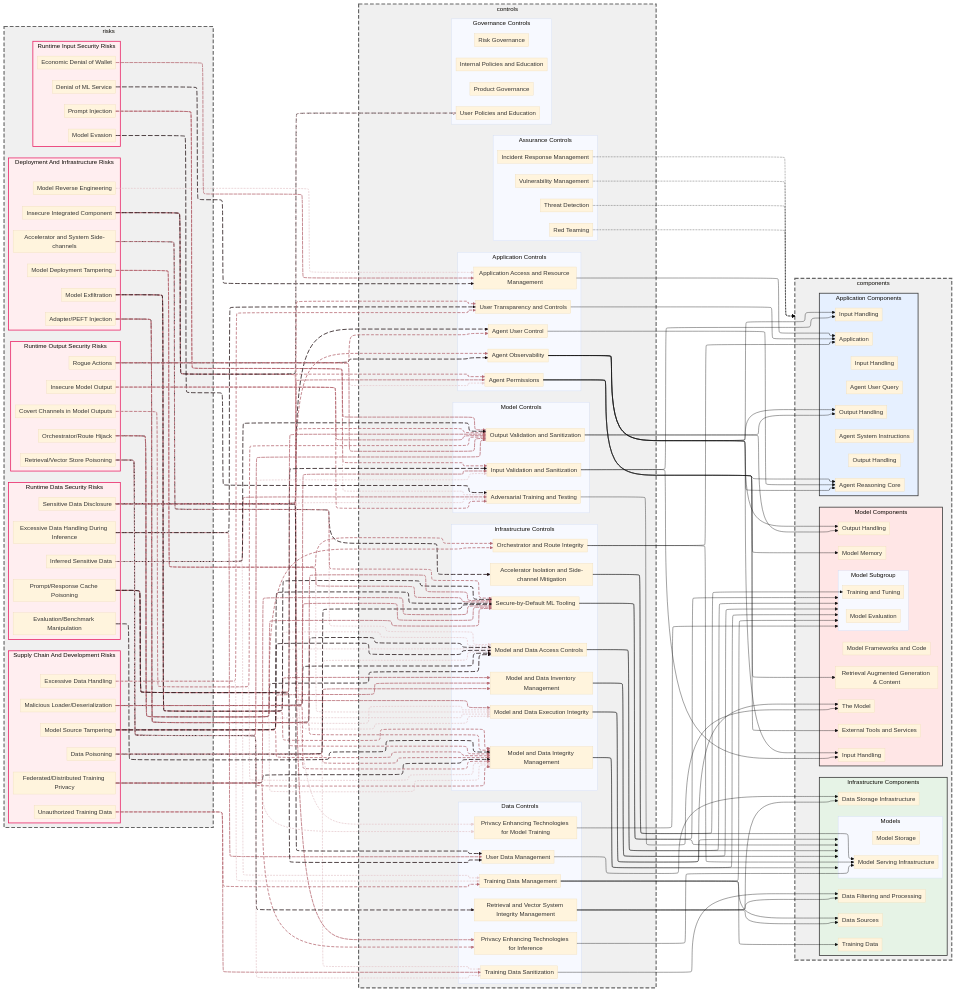
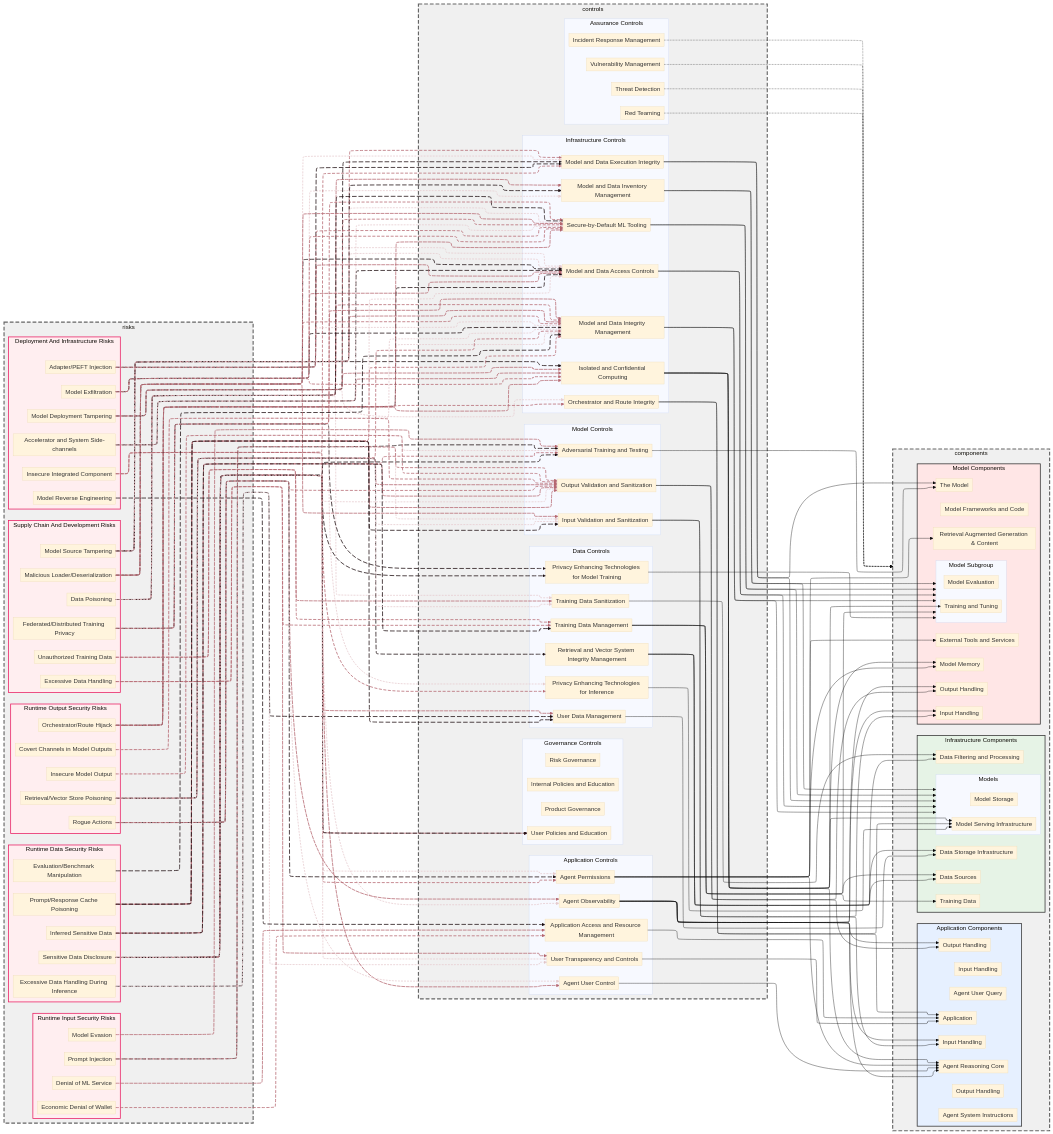
Before and after one commit to davidlabianca/secure-ai-tooling: the diagram in risk-map/diagrams/controls-to-risk-graph.mermaid, drawn with Mermaid (base theme). The commit also changed 13 other files, not shown here.

First line of the commit message:
[Controls] Add a Isolated/Confidential Computing Control

```diff
--- a/risk-map/diagrams/controls-to-risk-graph.mermaid
+++ b/risk-map/diagrams/controls-to-risk-graph.mermaid
@@ -66,7 +66,7 @@
     end
 
     subgraph controlsInfrastructure ["Infrastructure Controls"]
-        controlAcceleratorIsolationAndSideChannelMitigation[Accelerator Isolation and Side-channel Mitigation]
+        controlIsolatedConfidentialComputing[Isolated and Confidential Computing]
         controlModelAndDataAccessControls[Model and Data Access Controls]
         controlModelAndDataExecutionIntegrity[Model and Data Execution Integrity]
         controlModelAndDataIntegrityManagement[Model and Data Integrity Management]
@@ -153,6 +153,7 @@
     DP --> controlTrainingDataSanitization
     UTD --> controlTrainingDataManagement
     UTD --> controlTrainingDataSanitization
+    MST --> controlIsolatedConfidentialComputing
     MST --> controlModelAndDataAccessControls
     MST --> controlModelAndDataExecutionIntegrity
     MST --> controlModelAndDataIntegrityManagement
@@ -162,10 +163,12 @@
     EDH --> controlUserTransparencyAndControls
     EDH-I --> controlUserDataManagement
     EDH-I --> controlUserTransparencyAndControls
+    MXF --> controlIsolatedConfidentialComputing
     MXF --> controlModelAndDataAccessControls
     MXF --> controlModelAndDataIntegrityManagement
     MXF --> controlModelAndDataInventoryManagement
     MXF --> controlSecureByDefaultMLTooling
+    MDT --> controlIsolatedConfidentialComputing
     MDT --> controlModelAndDataExecutionIntegrity
     MDT --> controlOrchestratorAndRouteIntegrity
     MDT --> controlSecureByDefaultMLTooling
@@ -197,7 +200,7 @@
     RA --> controlAgentPluginPermissions
     RA --> controlAgentPluginUserControl
     RA --> controlOutputValidationAndSanitization
-    ASSC --> controlAcceleratorIsolationAndSideChannelMitigation
+    ASSC --> controlIsolatedConfidentialComputing
     ASSC --> controlModelAndDataAccessControls
     ASSC --> controlSecureByDefaultMLTooling
     EDW --> controlApplicationAccessManagement
@@ -209,6 +212,7 @@
     ADI --> controlModelAndDataExecutionIntegrity
     ADI --> controlModelAndDataIntegrityManagement
     ADI --> controlSecureByDefaultMLTooling
+    ORH --> controlIsolatedConfidentialComputing
     ORH --> controlModelAndDataAccessControls
     ORH --> controlModelAndDataIntegrityManagement
     ORH --> controlOrchestratorAndRouteIntegrity
@@ -271,8 +275,10 @@
     controlAgentObservability --> componentOrchestrationInputHandling
     controlAgentObservability --> componentOrchestrationOutputHandling
     controlAgentObservability --> componentReasoningCore
-    controlAcceleratorIsolationAndSideChannelMitigation --> componentModelServing
-    controlAcceleratorIsolationAndSideChannelMitigation --> componentModelTrainingTuning
+    controlIsolatedConfidentialComputing --> componentMemory
+    controlIsolatedConfidentialComputing --> componentModelServing
+    controlIsolatedConfidentialComputing --> componentModelTrainingTuning
+    controlIsolatedConfidentialComputing --> componentReasoningCore
     controlRetrievalAndVectorSystemIntegrity --> componentDataFilteringAndProcessing
     controlRetrievalAndVectorSystemIntegrity --> componentDataSources
     controlRetrievalAndVectorSystemIntegrity --> componentDataStorage
@@ -280,10 +286,10 @@
     controlOrchestratorAndRouteIntegrity --> componentModelServing
 
     %% Edge styling
-    linkStyle 0,4,8,12,16,20,24,28,32,36,40,44,48,52,56,60,64,68,72,76,80,84 stroke:#e6cbce,stroke-width:2px,stroke-dasharray: 5 3
-    linkStyle 1,5,9,13,17,21,25,29,33,37,41,45,49,53,57,61,65,69,73,77,81 stroke:#b66871,stroke-width:2px,stroke-dasharray: 8 4
-    linkStyle 2,6,10,14,18,22,26,30,34,38,42,46,50,54,58,62,66,70,74,78,82 stroke:#b66871,stroke-width:2px,stroke-dasharray: 10 2
-    linkStyle 3,7,11,15,19,23,27,31,35,39,43,47,51,55,59,63,67,71,75,79,83 stroke:#1c0d0f,stroke-width:2px,stroke-dasharray: 12 5
+    linkStyle 0,4,8,12,16,20,24,28,32,36,40,44,48,52,56,60,64,68,72,76,80,84,88 stroke:#e6cbce,stroke-width:2px,stroke-dasharray: 5 3
+    linkStyle 1,5,9,13,17,21,25,29,33,37,41,45,49,53,57,61,65,69,73,77,81,85 stroke:#b66871,stroke-width:2px,stroke-dasharray: 8 4
+    linkStyle 2,6,10,14,18,22,26,30,34,38,42,46,50,54,58,62,66,70,74,78,82,86 stroke:#b66871,stroke-width:2px,stroke-dasharray: 10 2
+    linkStyle 3,7,11,15,19,23,27,31,35,39,43,47,51,55,59,63,67,71,75,79,83,87 stroke:#1c0d0f,stroke-width:2px,stroke-dasharray: 12 5
 
 %% Node style definitions
     style risksSupplyChainAndDevelopment fill:#ffeef0,stroke:#e91e63,stroke-width:2px
```
